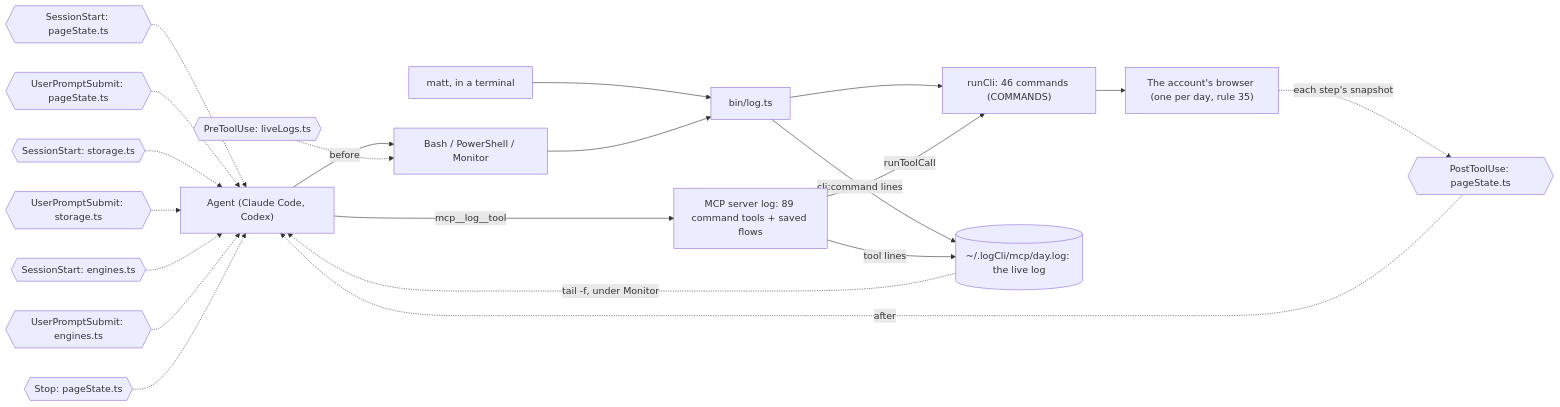
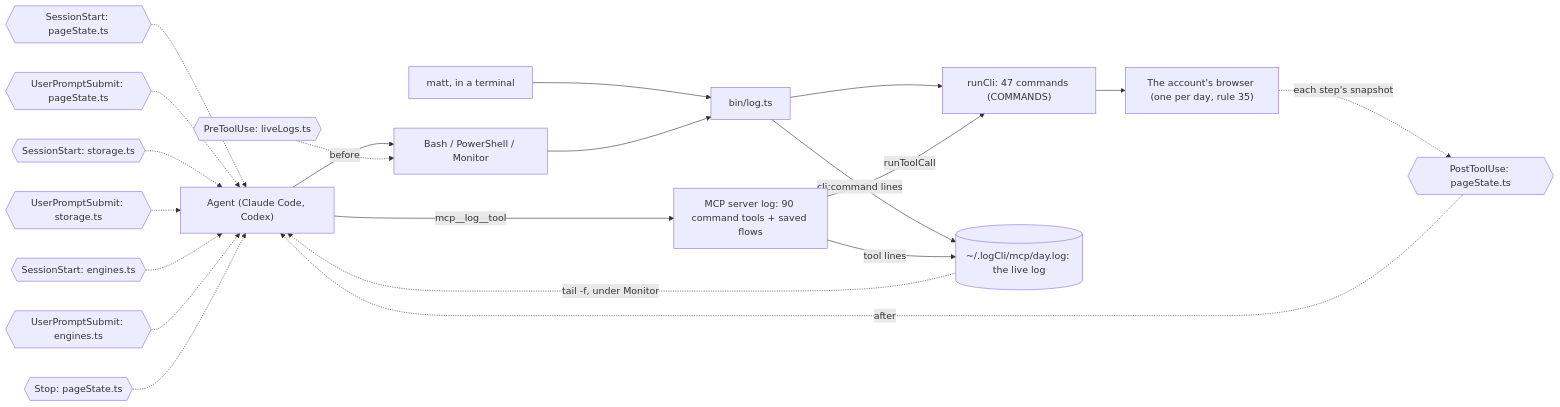
Before and after one commit to matthewdonsemail-lab/log: the diagram in docs/diagrams/surface.mmd, drawn with Mermaid. The commit also changed 20 other files, not shown here.

```diff
--- a/docs/diagrams/surface.mmd
+++ b/docs/diagrams/surface.mmd
@@ -1,31 +1,31 @@
 %% How a call reaches log-cli. From a shell or over MCP, both run the same commands through `runCli`, write the same live log, and pass through the same hooks.
 %% Written by `bun run docs:build` from the code (rule 56). Not edited by hand.
 flowchart LR
   agent["Agent (Claude Code, Codex)"]
   matt["matt, in a terminal"]
   shell["Bash / PowerShell / Monitor"]
-  mcp["MCP server log: 89 command tools + saved flows"]
+  mcp["MCP server log: 90 command tools + saved flows"]
   bin["bin/log.ts"]
-  runCli["runCli: 46 commands (COMMANDS)"]
+  runCli["runCli: 47 commands (COMMANDS)"]
   live[("~/.logCli/mcp/day.log: the live log")]
   browser["The account's browser (one per day, rule 35)"]
   agent --> shell
   matt --> bin
   shell --> bin
   agent -->|mcp__log__tool| mcp
   bin --> runCli
   mcp -->|runToolCall| runCli
   runCli --> browser
   bin -->|cli:command lines| live
   mcp -->|tool lines| live
   live -.->|tail -f, under Monitor| agent
   pre0{{"PreToolUse: liveLogs.ts"}} -.->|before| shell
   post0{{"PostToolUse: pageState.ts"}} -.->|after| agent
   turn0{{"SessionStart: pageState.ts"}} -.-> agent
   turn1{{"UserPromptSubmit: pageState.ts"}} -.-> agent
   turn2{{"SessionStart: storage.ts"}} -.-> agent
   turn3{{"UserPromptSubmit: storage.ts"}} -.-> agent
   turn4{{"SessionStart: engines.ts"}} -.-> agent
   turn5{{"UserPromptSubmit: engines.ts"}} -.-> agent
   turn6{{"Stop: pageState.ts"}} -.-> agent
   browser -.->|each step's snapshot| post0
```
